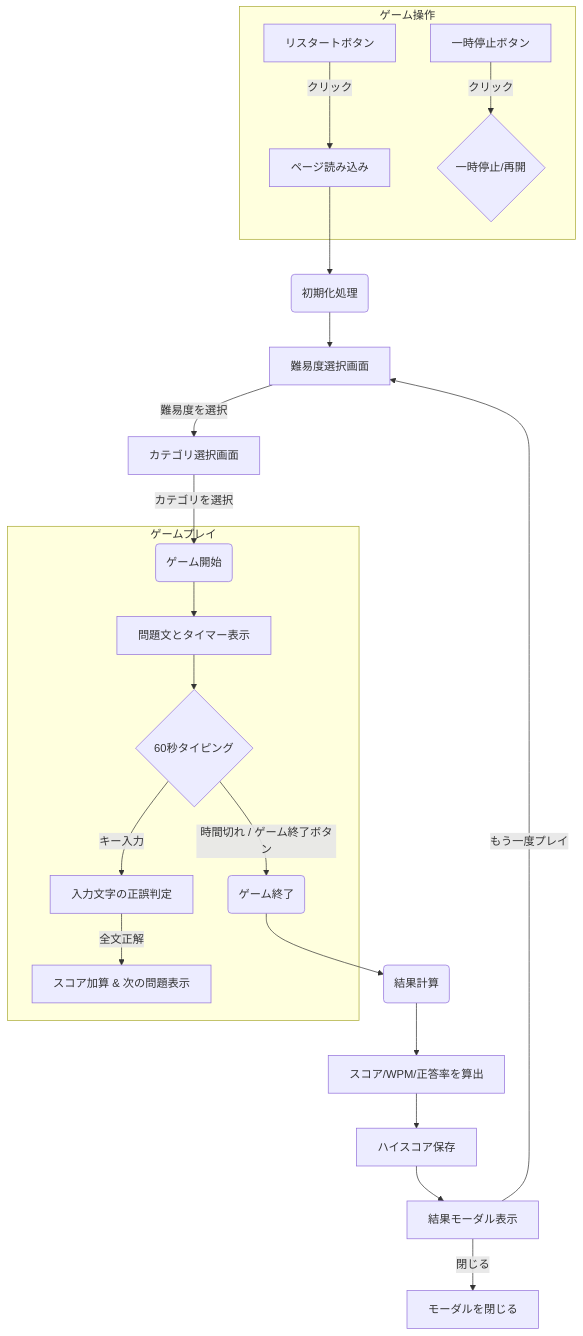
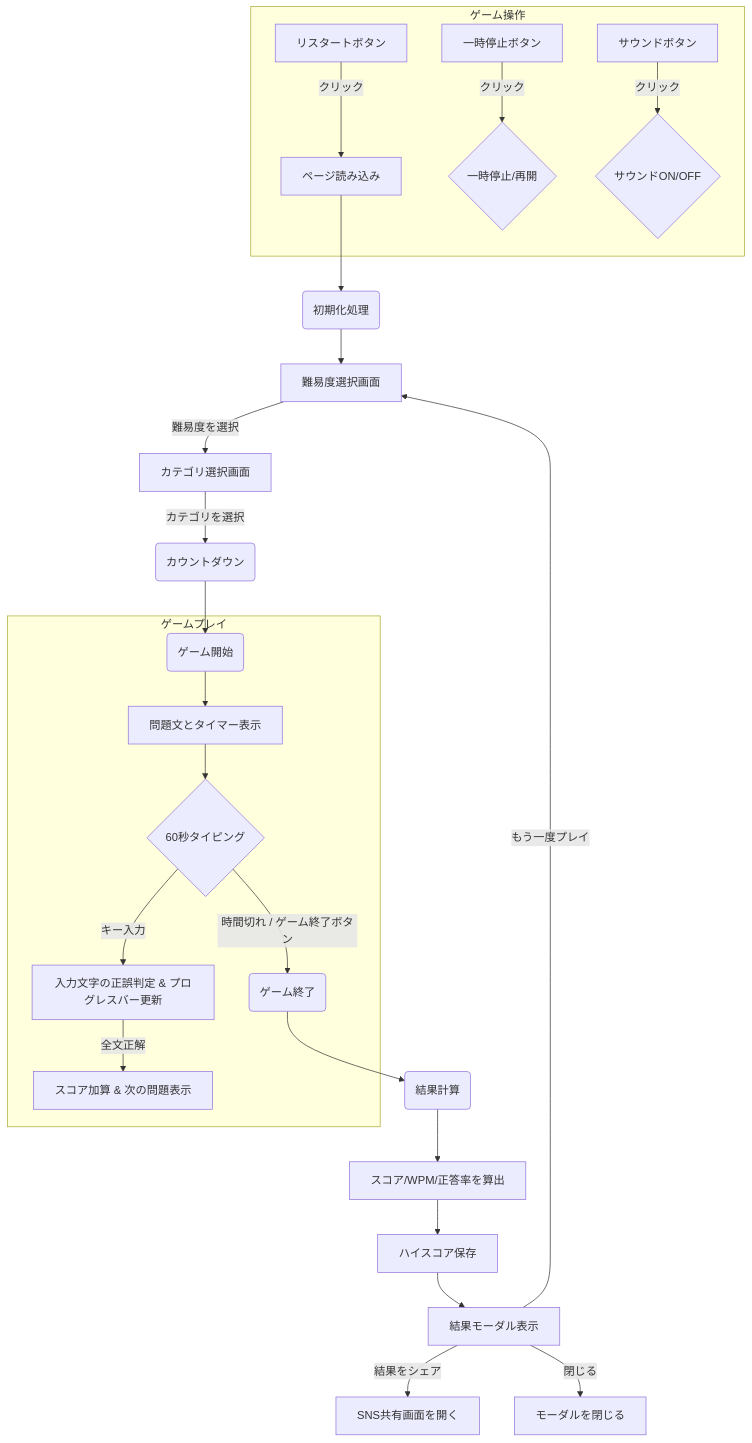
Before and after one commit to ymkge/typing-game: the diagram in README.md, drawn with Mermaid. The commit also changed other lines of this file, not shown here.

````diff
--- a/README.md
+++ b/README.md
@@ -43,27 +49,30 @@
 ```mermaid
 graph TD
     A[ページ読み込み] --> B(初期化処理);
     B --> C[難易度選択画面];
     C -- 難易度を選択 --> D[カテゴリ選択画面];
-    D -- カテゴリを選択 --> E(ゲーム開始);
+    D -- カテゴリを選択 --> E(カウントダウン);
+    E --> F(ゲーム開始);
 
     subgraph ゲームプレイ
-        E --> F[問題文とタイマー表示];
-        F --> G{60秒タイピング};
-        G -- キー入力 --> H[入力文字の正誤判定];
-        H -- 全文正解 --> I[スコア加算 & 次の問題表示];
-        G -- 時間切れ / ゲーム終了ボタン --> J(ゲーム終了);
+        F --> G[問題文とタイマー表示];
+        G --> H{60秒タイピング};
+        H -- キー入力 --> I[入力文字の正誤判定 & プログレスバー更新];
+        I -- 全文正解 --> J[スコア加算 & 次の問題表示];
+        H -- 時間切れ / ゲーム終了ボタン --> K(ゲーム終了);
     end
 
     subgraph ゲーム操作
-        K[一時停止ボタン] -- クリック --> L{一時停止/再開};
-        M[リスタートボタン] -- クリック --> A;
+        L[一時停止ボタン] -- クリック --> M{一時停止/再開};
+        N[リスタートボタン] -- クリック --> A;
+        O[サウンドボタン] -- クリック --> P{サウンドON/OFF};
     end
 
-    J --> K_res(結果計算);
-    K_res --> L_res[スコア/WPM/正答率を算出];
-    L_res --> M_res[ハイスコア保存];
-    M_res --> N_res[結果モーダル表示];
-    N_res -- もう一度プレイ --> C;
-    N_res -- 閉じる --> O_res[モーダルを閉じる];
+    K --> Q(結果計算);
+    Q --> R[スコア/WPM/正答率を算出];
+    R --> S[ハイスコア保存];
+    S --> T[結果モーダル表示];
+    T -- もう一度プレイ --> C;
+    T -- 結果をシェア --> U[SNS共有画面を開く];
+    T -- 閉じる --> V[モーダルを閉じる];
 ```
````
